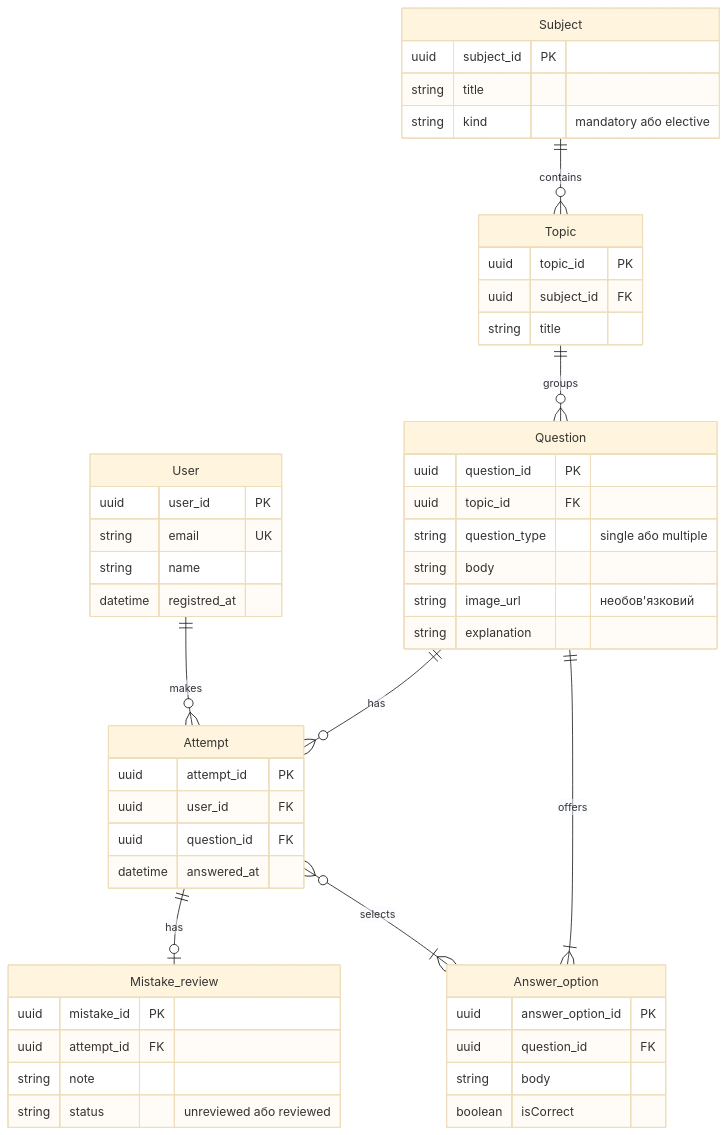
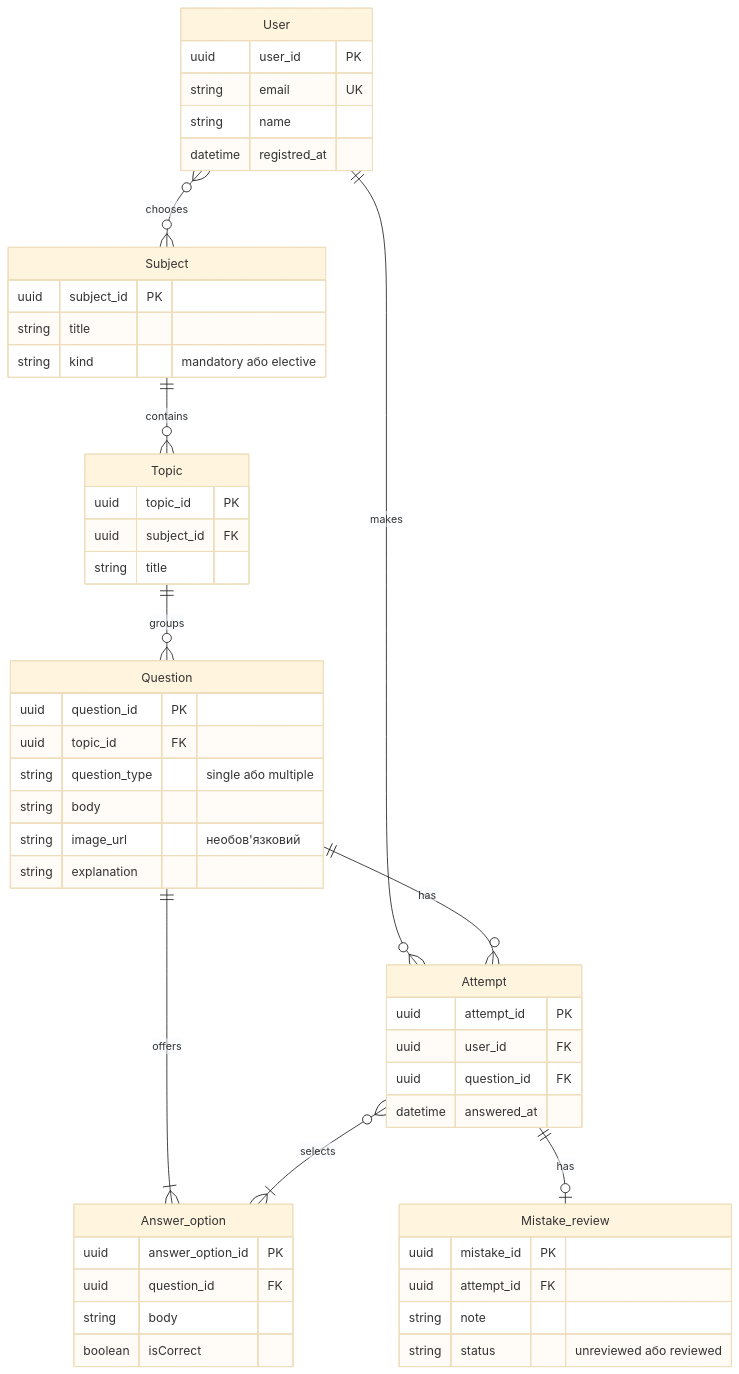
One commit to k0dekk/mavpz changed the diagram in lab1/diagram.mmd. Above: the diagram before and after it, drawn with Mermaid (base theme). The commit also changed 1 other file, not shown here.

Commit message:
fix: redefine User-Subject relation as M:N

```diff
--- a/lab1/diagram.mmd
+++ b/lab1/diagram.mmd
@@ -1,57 +1,58 @@
 erDiagram
     User {
         uuid user_id PK
         string email UK
         string name
         datetime registred_at
     }
 
     Subject {
         uuid subject_id PK
         string title
         string kind "mandatory або elective"
     }
 
     Topic {
         uuid topic_id PK
         uuid subject_id FK
         string title
     }
 
     Question {
         uuid question_id PK
         uuid topic_id FK
         string question_type "single або multiple"
         string body
         string image_url "необов'язковий"
         string explanation
     }
 
     Answer_option {
         uuid answer_option_id PK
         uuid question_id FK
         string body
         boolean isCorrect
     }
 
     Attempt {
         uuid attempt_id PK
         uuid user_id FK
         uuid question_id FK
         datetime answered_at
     }
 
     Mistake_review {
         uuid mistake_id PK
         uuid attempt_id FK
         string note
         string status "unreviewed або reviewed"
     }
 
     Subject ||--o{ Topic : "contains"
     Topic ||--o{ Question : "groups"
     Question ||--|{ Answer_option : "offers"
     User ||--o{ Attempt : "makes"
     Question ||--o{ Attempt : "has"
     Attempt }o--|{ Answer_option : "selects"
     Attempt ||--o| Mistake_review : "has"
+    User }o--o{ Subject : "chooses"
```
